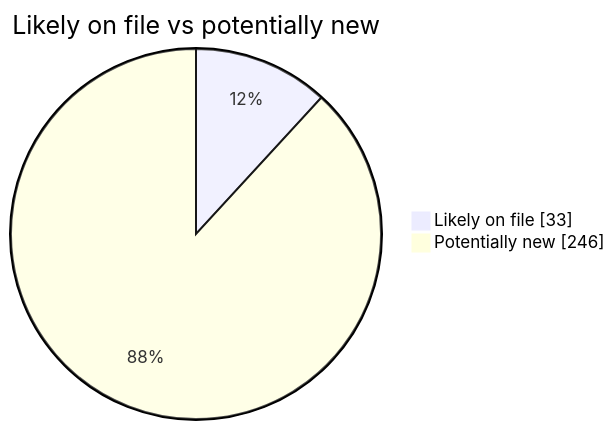
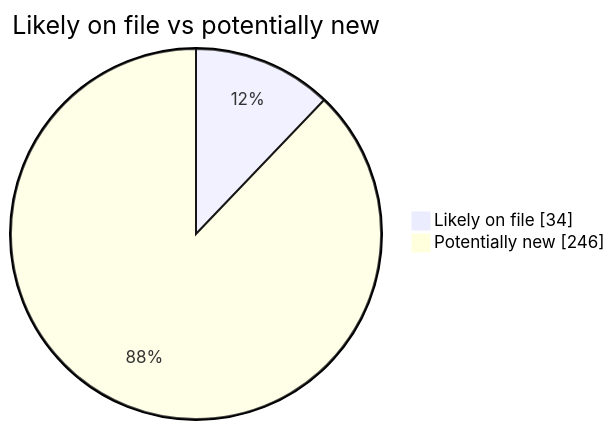
One commit to martinbalfanz/social-scanner-reports changed the second of 4 diagrams in README.md. Above: the diagram before and after it, drawn with Mermaid. The commit also changed other lines of this file and 2 other files, not shown here.

````diff
--- a/README.md
+++ b/README.md
@@ -40,5 +40,5 @@
 ```mermaid
 pie showData title Likely on file vs potentially new
-    "Likely on file" : 33
+    "Likely on file" : 34
     "Potentially new" : 246
 ```
````
